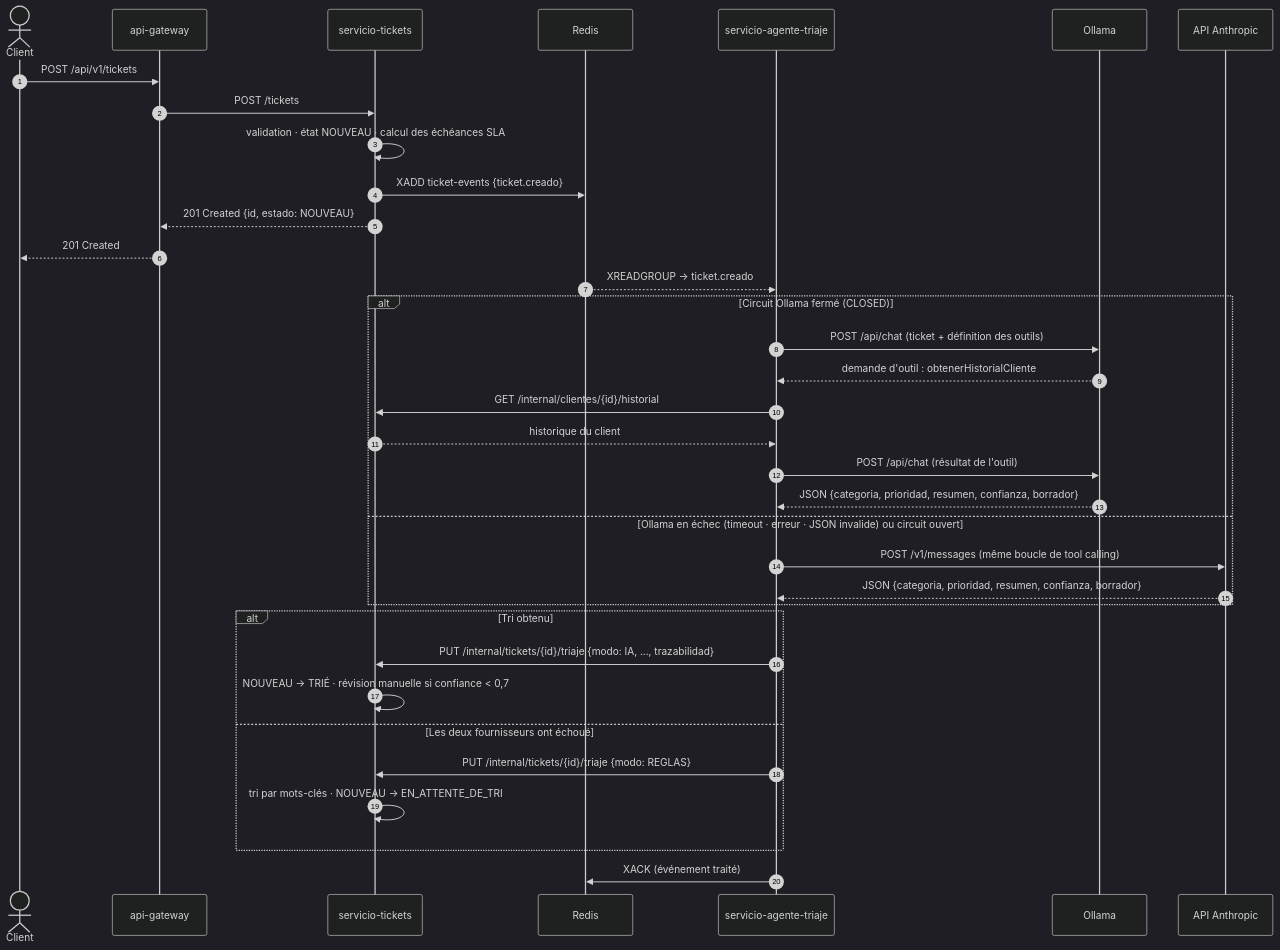
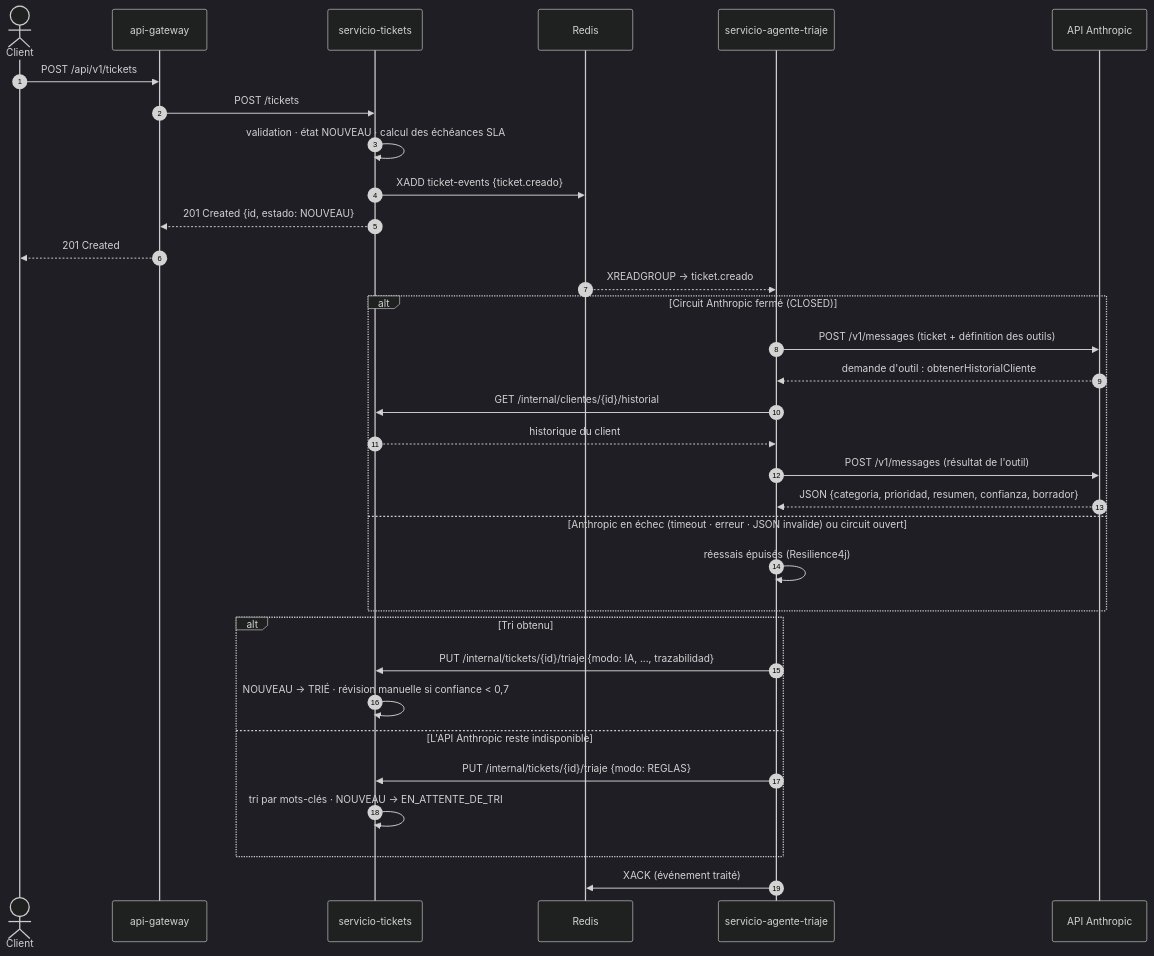
One commit to elgmouad/triage-agentics changed the diagram in docs/diagramas/secuencia-triaje.mmd. Above: the diagram before and after it, drawn with Mermaid (dark theme). The commit also changed 8 other files, not shown here.

```diff
--- a/docs/diagramas/secuencia-triaje.mmd
+++ b/docs/diagramas/secuencia-triaje.mmd
@@ -1,38 +1,36 @@
 sequenceDiagram
     autonumber
     actor C as Client
     participant GW as api-gateway
     participant TK as servicio-tickets
     participant RD as Redis
     participant AG as servicio-agente-triaje
-    participant OL as Ollama
     participant AN as API Anthropic
 
     C->>GW: POST /api/v1/tickets
     GW->>TK: POST /tickets
     TK->>TK: validation · état NOUVEAU · calcul des échéances SLA
     TK->>RD: XADD ticket-events {ticket.creado}
     TK-->>GW: 201 Created {id, estado: NOUVEAU}
     GW-->>C: 201 Created
 
     RD-->>AG: XREADGROUP → ticket.creado
-    alt Circuit Ollama fermé (CLOSED)
-        AG->>OL: POST /api/chat (ticket + définition des outils)
-        OL-->>AG: demande d'outil : obtenerHistorialCliente
+    alt Circuit Anthropic fermé (CLOSED)
+        AG->>AN: POST /v1/messages (ticket + définition des outils)
+        AN-->>AG: demande d'outil : obtenerHistorialCliente
         AG->>TK: GET /internal/clientes/{id}/historial
         TK-->>AG: historique du client
-        AG->>OL: POST /api/chat (résultat de l'outil)
-        OL-->>AG: JSON {categoria, prioridad, resumen, confianza, borrador}
-    else Ollama en échec (timeout · erreur · JSON invalide) ou circuit ouvert
-        AG->>AN: POST /v1/messages (même boucle de tool calling)
+        AG->>AN: POST /v1/messages (résultat de l'outil)
         AN-->>AG: JSON {categoria, prioridad, resumen, confianza, borrador}
+    else Anthropic en échec (timeout · erreur · JSON invalide) ou circuit ouvert
+        AG->>AG: réessais épuisés (Resilience4j)
     end
 
     alt Tri obtenu
         AG->>TK: PUT /internal/tickets/{id}/triaje {modo: IA, ..., trazabilidad}
         TK->>TK: NOUVEAU → TRIÉ · révision manuelle si confiance < 0,7
-    else Les deux fournisseurs ont échoué
+    else L'API Anthropic reste indisponible
         AG->>TK: PUT /internal/tickets/{id}/triaje {modo: REGLAS}
         TK->>TK: tri par mots-clés · NOUVEAU → EN_ATTENTE_DE_TRI
     end
     AG->>RD: XACK (événement traité)
```
